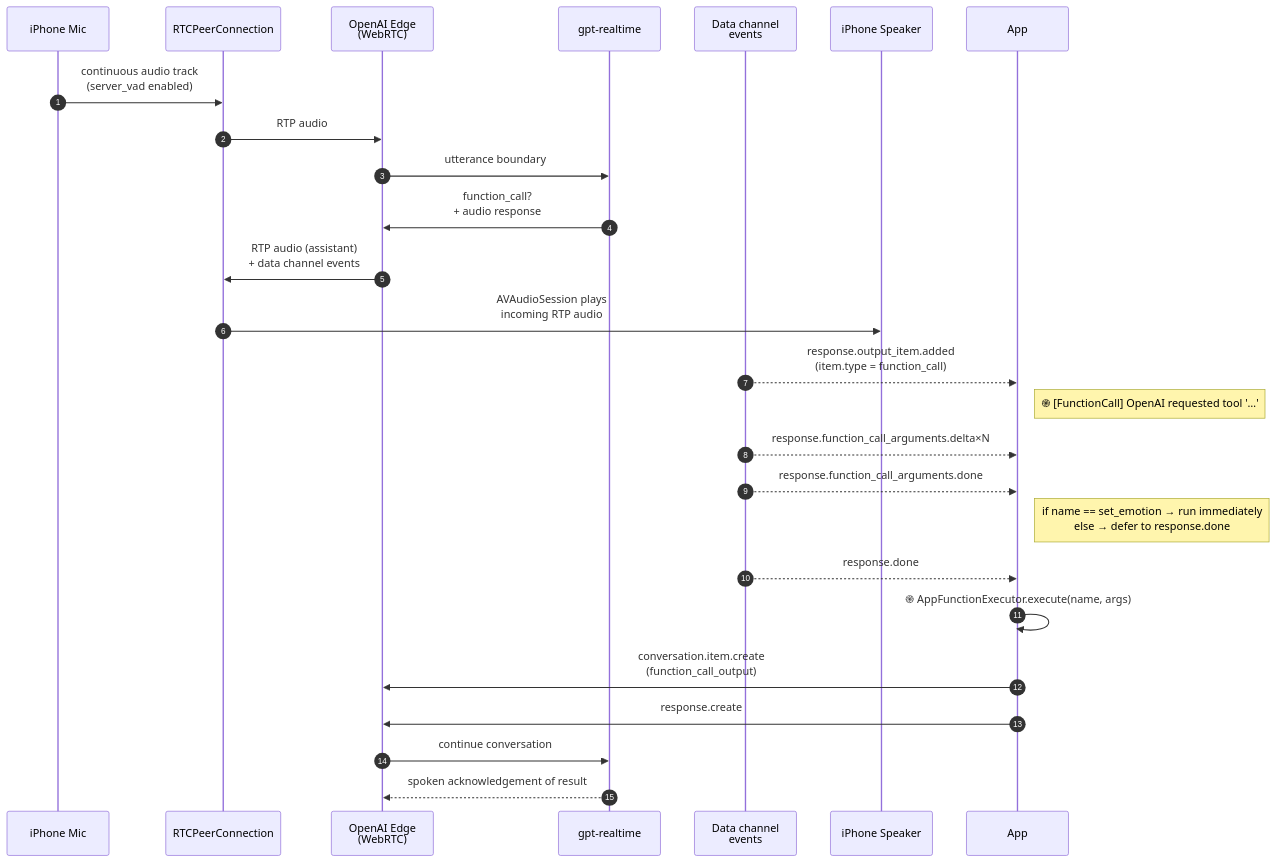
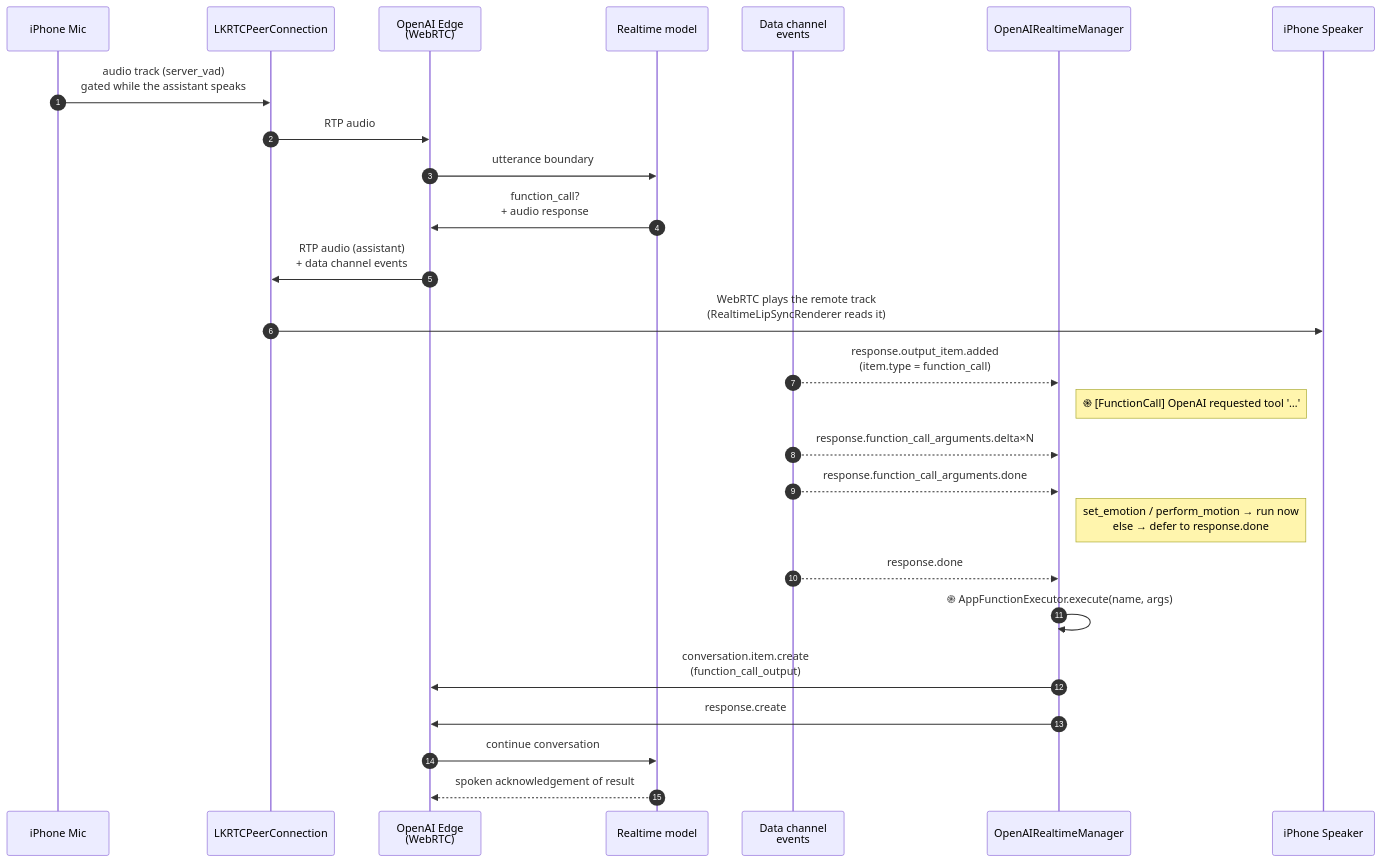
Before and after one commit to kevinliddel/NeuraLink: the third of 3 diagrams in docs/AI/LLM_VOICE.md, drawn with Mermaid. The commit also changed other lines of this file and 21 other files, not shown here.

````diff
--- a/docs/AI/LLM_VOICE.md
+++ b/docs/AI/LLM_VOICE.md
@@ -164,28 +175,29 @@
 ```mermaid
 sequenceDiagram
     autonumber
     participant Mic as iPhone Mic
-    participant PC as RTCPeerConnection
+    participant PC as LKRTCPeerConnection
     participant Edge as OpenAI Edge<br/>(WebRTC)
-    participant Model as gpt-realtime
+    participant Model as Realtime model
     participant DC as Data channel<br/>events
+    participant App as OpenAIRealtimeManager
     participant Speaker as iPhone Speaker
 
-    Mic->>PC: continuous audio track<br/>(server_vad enabled)
+    Mic->>PC: audio track (server_vad)<br/>gated while the assistant speaks
     PC->>Edge: RTP audio
     Edge->>Model: utterance boundary
     Model->>Edge: function_call?<br/>+ audio response
     Edge->>PC: RTP audio (assistant)<br/>+ data channel events
-    PC->>Speaker: AVAudioSession plays<br/>incoming RTP audio
+    PC->>Speaker: WebRTC plays the remote track<br/>(RealtimeLipSyncRenderer reads it)
     DC-->>App: response.output_item.added<br/>(item.type = function_call)
     Note right of App: ֎ [FunctionCall] OpenAI requested tool '…'
     DC-->>App: response.function_call_arguments.delta×N
     DC-->>App: response.function_call_arguments.done
-    Note right of App: if name == set_emotion → run immediately<br/>else → defer to response.done
+    Note right of App: set_emotion / perform_motion → run now<br/>else → defer to response.done
     DC-->>App: response.done
     App->>App: ֎ AppFunctionExecutor.execute(name, args)
     App->>Edge: conversation.item.create<br/>(function_call_output)
     App->>Edge: response.create
     Edge->>Model: continue conversation
     Model-->>Edge: spoken acknowledgement of result
 ```
````
